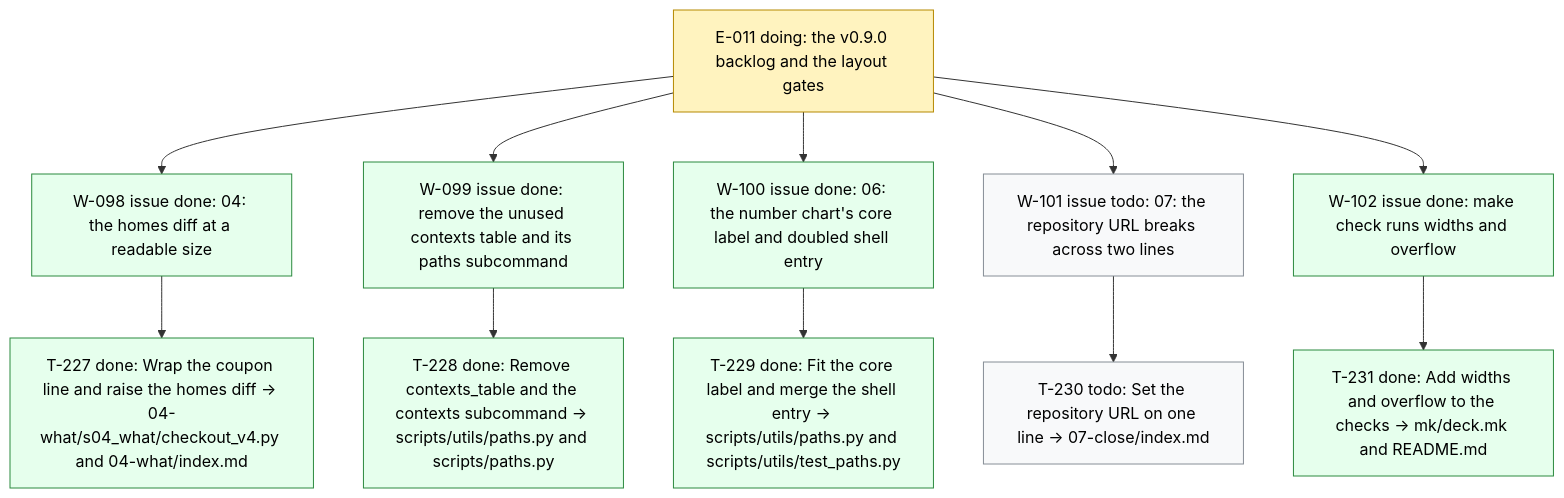
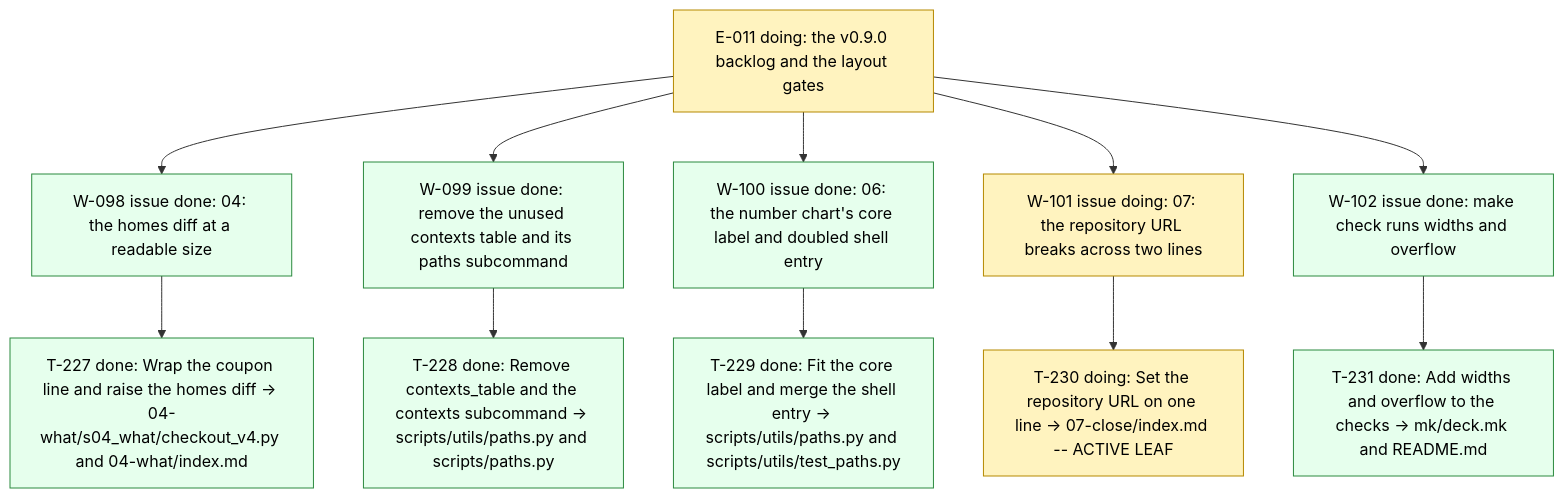
One commit to dpopchev/chaos-to-simple changed the diagram in .board/BOARD.md. Above: the diagram before and after it, drawn with Mermaid. The commit also changed other lines of this file and 2 other files, not shown here.

Commit message:
chore(board): activate W-101, start T-230
Refs: W-101 T-230

````diff
--- a/.board/BOARD.md
+++ b/.board/BOARD.md
@@ -594,22 +594,21 @@
 ```mermaid
 flowchart TD
   E011["E-011 doing: the v0.9.0 backlog and the layout gates"]
   E011 --> W098["W-098 issue done: 04: the homes diff at a readable size"]
   W098 --> T227["T-227 done: Wrap the coupon line and raise the homes diff -> 04-what/s04_what/checkout_v4.py and 04-what/index.md"]
   E011 --> W099["W-099 issue done: remove the unused contexts table and its paths subcommand"]
   W099 --> T228["T-228 done: Remove contexts_table and the contexts subcommand -> scripts/utils/paths.py and scripts/paths.py"]
   E011 --> W100["W-100 issue done: 06: the number chart's core label and doubled shell entry"]
   W100 --> T229["T-229 done: Fit the core label and merge the shell entry -> scripts/utils/paths.py and scripts/utils/test_paths.py"]
-  E011 --> W101["W-101 issue todo: 07: the repository URL breaks across two lines"]
-  W101 --> T230["T-230 todo: Set the repository URL on one line -> 07-close/index.md"]
+  E011 --> W101["W-101 issue doing: 07: the repository URL breaks across two lines"]
+  W101 --> T230["T-230 doing: Set the repository URL on one line -> 07-close/index.md -- ACTIVE LEAF"]
   E011 --> W102["W-102 issue done: make check runs widths and overflow"]
   W102 --> T231["T-231 done: Add widths and overflow to the checks -> mk/deck.mk and README.md"]
   classDef doing fill:#fff3bf,stroke:#b58900,color:#000;
   classDef blocked fill:#ffe3e3,stroke:#c92a2a,color:#000;
   classDef done fill:#e6ffed,stroke:#2b8a3e,color:#000;
   classDef todo fill:#f8f9fa,stroke:#868e96,color:#000;
   classDef pruned fill:#f1f3f5,stroke:#adb5bd,color:#000;
-  class E011 doing
+  class E011,W101,T230 doing
   class W098,T227,W099,T228,W100,T229,W102,T231 done
-  class W101,T230 todo
 ```
````
